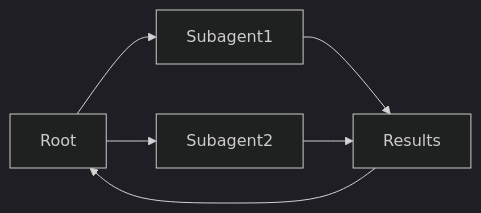
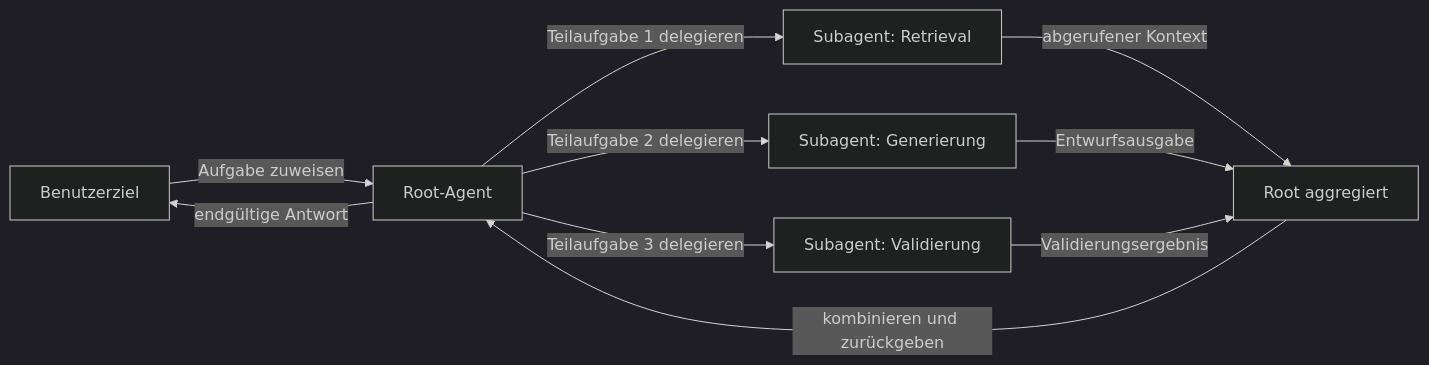
The first of 2 diagrams in i18n/de/docusaurus-plugin-content-docs/current/subagents/index.md (EmersonBraun/ai-summary-hub), drawn with Mermaid (dark theme) before and after one commit. The commit also changed other lines of this file and 230 other files, not shown here.

````diff
--- a/i18n/de/docusaurus-plugin-content-docs/current/subagents/index.md
+++ b/i18n/de/docusaurus-plugin-content-docs/current/subagents/index.md
@@ -17,8 +23,12 @@
 ```mermaid
 flowchart LR
-  Root[Root] --> Sub1[Subagent1]
-  Root --> Sub2[Subagent2]
-  Sub1 --> Results[Results]
-  Sub2 --> Results
-  Results --> Root
+  User[Benutzerziel] -->|Aufgabe zuweisen| Root[Root-Agent]
+  Root -->|Teilaufgabe 1 delegieren| Sub1[Subagent: Retrieval]
+  Root -->|Teilaufgabe 2 delegieren| Sub2[Subagent: Generierung]
+  Root -->|Teilaufgabe 3 delegieren| Sub3[Subagent: Validierung]
+  Sub1 -->|abgerufener Kontext| Agg[Root aggregiert]
+  Sub2 -->|Entwurfsausgabe| Agg
+  Sub3 -->|Validierungsergebnis| Agg
+  Agg -->|kombinieren und zurückgeben| Root
+  Root -->|endgültige Antwort| User
 ```
````
